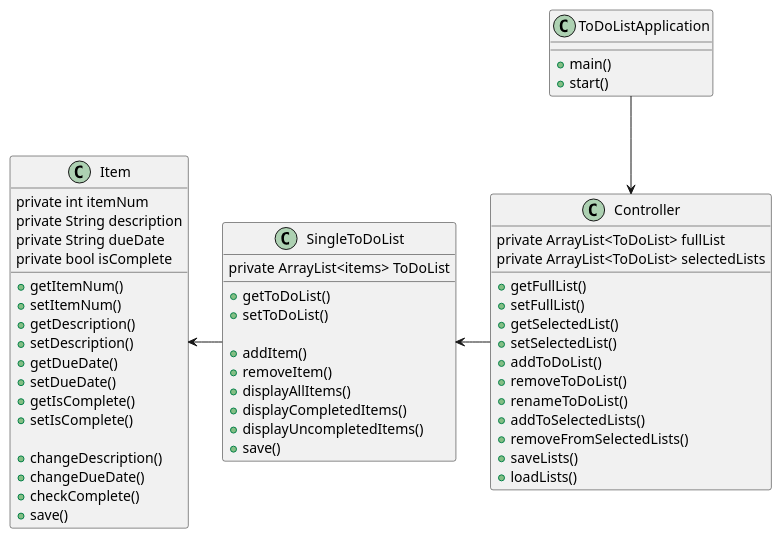
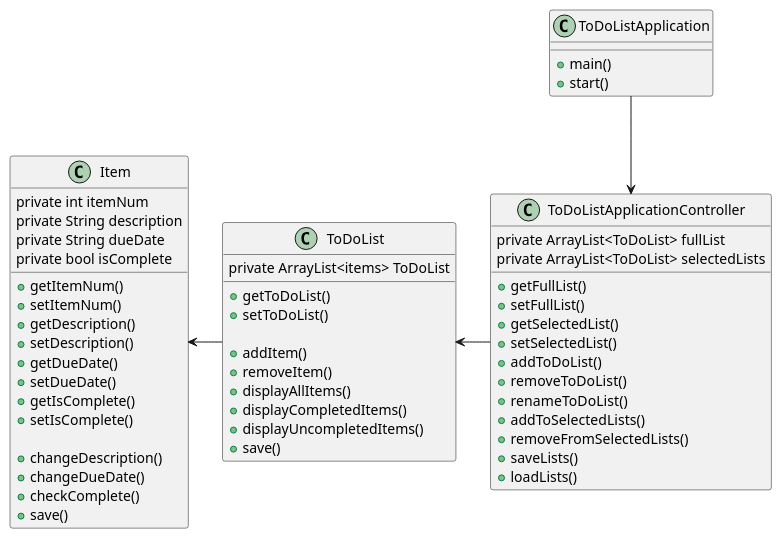
The diagram in toDoListApplication/docs/toDoListUML.puml (airick17/heston-app1-imp1), drawn with PlantUML before and after one commit. The commit also changed 2 other files, not shown here.

Commit message:
added a readme and updated UML somewhat

```diff
--- a/toDoListApplication/docs/toDoListUML.puml
+++ b/toDoListApplication/docs/toDoListUML.puml
@@ -1,67 +1,67 @@
 @startuml
 'https://plantuml.com/class-diagram
 
 class ToDoListApplication{
 +main()
 +start()
 }
 
-ToDoListApplication --> Controller
+ToDoListApplication --> ToDoListApplicationController
 
-class Controller{
+class ToDoListApplicationController{
 private ArrayList<ToDoList> fullList
 private ArrayList<ToDoList> selectedLists
 
 +getFullList()
 +setFullList()
 +getSelectedList()
 +setSelectedList()
 +addToDoList()
 +removeToDoList()
 +renameToDoList()
 +addToSelectedLists()
 +removeFromSelectedLists()
 +saveLists()
 +loadLists()
 }
 
-SingleToDoList <- Controller
+ToDoList <- ToDoListApplicationController
 
-class SingleToDoList{
+class ToDoList{
 private ArrayList<items> ToDoList
 
 +getToDoList()
 +setToDoList()
 
 +addItem()
 +removeItem()
 +displayAllItems()
 +displayCompletedItems()
 +displayUncompletedItems()
 +save()
 }
 
-Item <- SingleToDoList
+Item <- ToDoList
 
 class Item{
 private int itemNum
 private String description
 private String dueDate
 private bool isComplete
 
 +getItemNum()
 +setItemNum()
 +getDescription()
 +setDescription()
 +getDueDate()
 +setDueDate()
 +getIsComplete()
 +setIsComplete()
 
 +changeDescription()
 +changeDueDate()
 +checkComplete()
 +save()
 
 }
 @enduml
```
